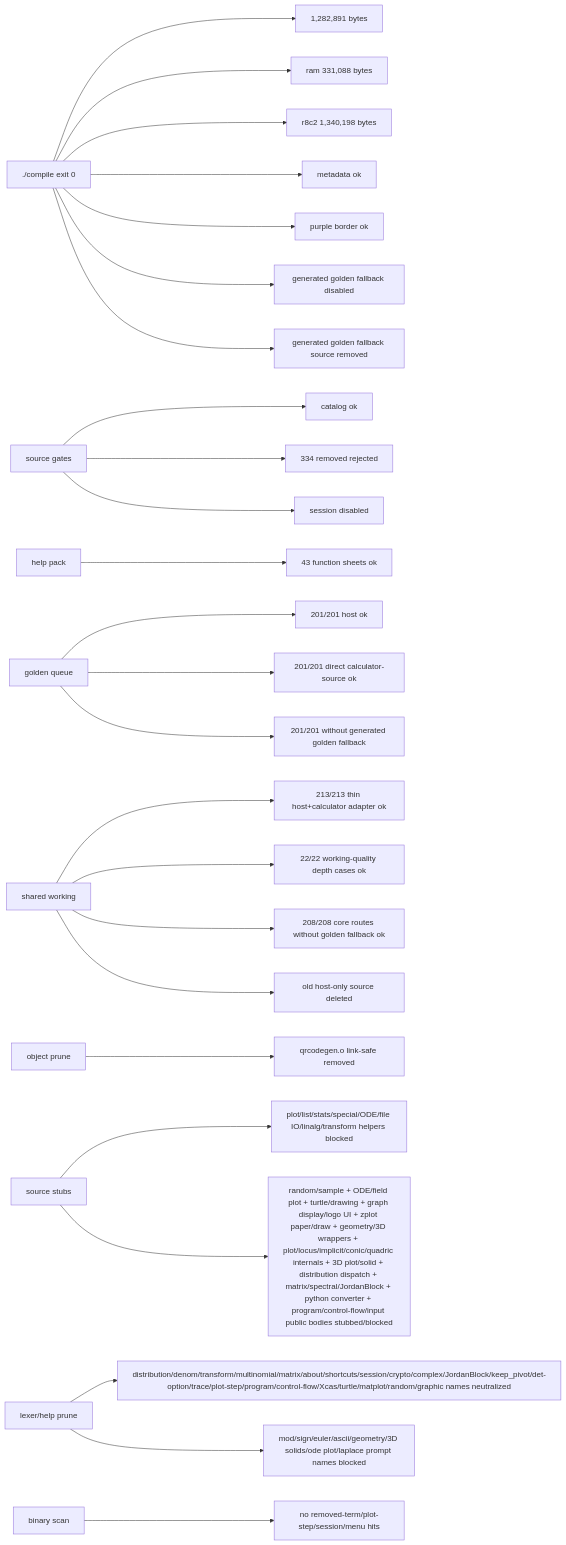
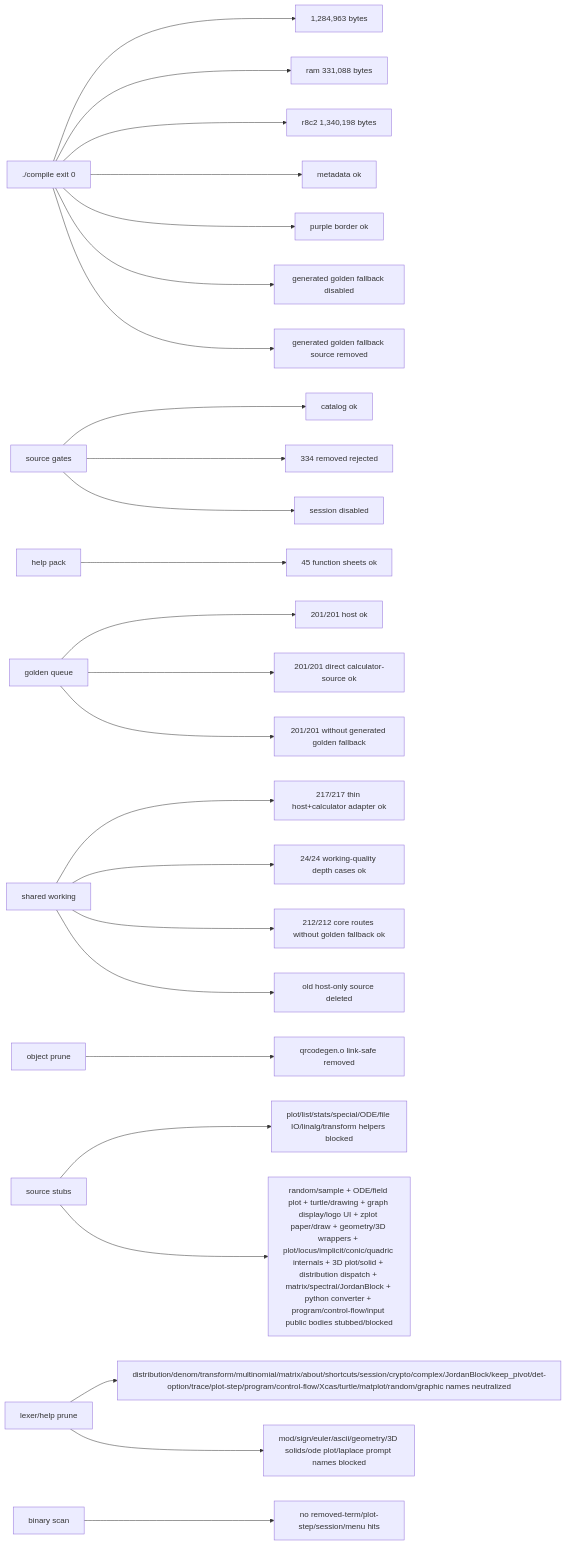
The seventh of 7 diagrams in docs/GRAPH.md (james8464/notes-addin-casio-fx-cg50), drawn with Mermaid before and after one commit. The commit also changed other lines of this file and 7 other files, not shown here.

Commit message:
feat: add resolve and friction working routes

````diff
--- a/docs/GRAPH.md
+++ b/docs/GRAPH.md
@@ -191,27 +191,27 @@
 ```mermaid
 graph LR
-  Build["./compile exit 0"] --> Size["1,282,891 bytes"]
+  Build["./compile exit 0"] --> Size["1,284,963 bytes"]
   Build --> Ram["ram 331,088 bytes"]
   Build --> R8C2["r8c2 1,340,198 bytes"]
   Build --> Meta["metadata ok"]
   Build --> Border["purple border ok"]
   Build --> NoRuntimeFallback["generated golden fallback disabled"]
   Build --> NoRuntimeSource["generated golden fallback source removed"]
   Source["source gates"] --> Catalog["catalog ok"]
   Source --> Removed["334 removed rejected"]
   Source --> Session["session disabled"]
-  Help["help pack"] --> HelpQ["43 function sheets ok"]
+  Help["help pack"] --> HelpQ["45 function sheets ok"]
   Queue["golden queue"] --> QueueRun["201/201 host ok"]
   Queue --> GoldenRun["201/201 direct calculator-source ok"]
   Queue --> NoGolden["201/201 without generated golden fallback"]
-  Shared["shared working"] --> SharedRun["213/213 thin host+calculator adapter ok"]
-  Shared --> WorkQ["22/22 working-quality depth cases ok"]
-  Shared --> CoreRun["208/208 core routes without golden fallback ok"]
+  Shared["shared working"] --> SharedRun["217/217 thin host+calculator adapter ok"]
+  Shared --> WorkQ["24/24 working-quality depth cases ok"]
+  Shared --> CoreRun["212/212 core routes without golden fallback ok"]
   Shared --> NoHostSrc["old host-only source deleted"]
   Obj["object prune"] --> QR["qrcodegen.o link-safe removed"]
   Macro["source stubs"] --> Stubbed["plot/list/stats/special/ODE/file IO/linalg/transform helpers blocked"]
   Macro --> RuntimeStubbed["random/sample + ODE/field plot + turtle/drawing + graph display/logo UI + zplot paper/draw + geometry/3D wrappers + plot/locus/implicit/conic/quadric internals + 3D plot/solid + distribution dispatch + matrix/spectral/JordanBlock + python converter + program/control-flow/input public bodies stubbed/blocked"]
   Static["lexer/help prune"] --> StaticRun["distribution/denom/transform/multinomial/matrix/about/shortcuts/session/crypto/complex/JordanBlock/keep_pivot/det-option/trace/plot-step/program/control-flow/Xcas/turtle/matplot/random/graphic names neutralized"]
   Static --> PromptRun["mod/sign/euler/ascii/geometry/3D solids/ode plot/laplace prompt names blocked"]
   Bin["binary scan"] --> NoLeak["no removed-term/plot-step/session/menu hits"]
 ```
````
